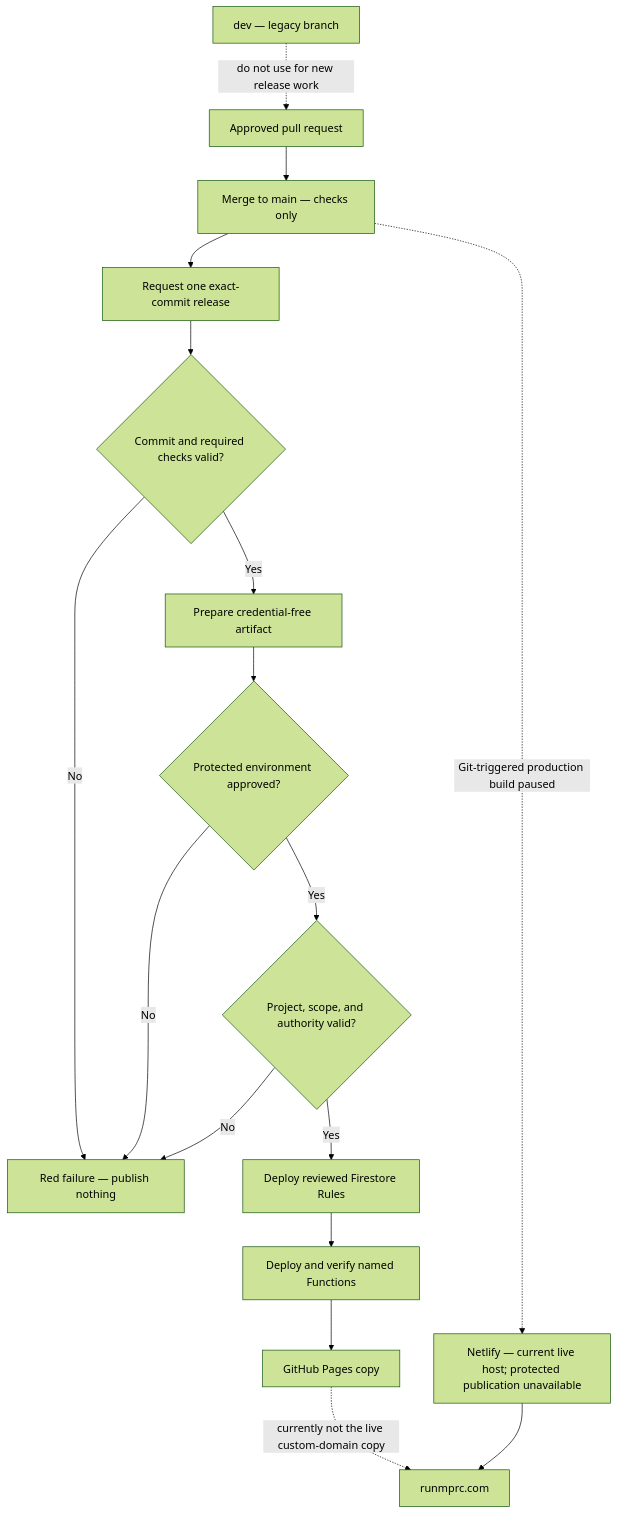
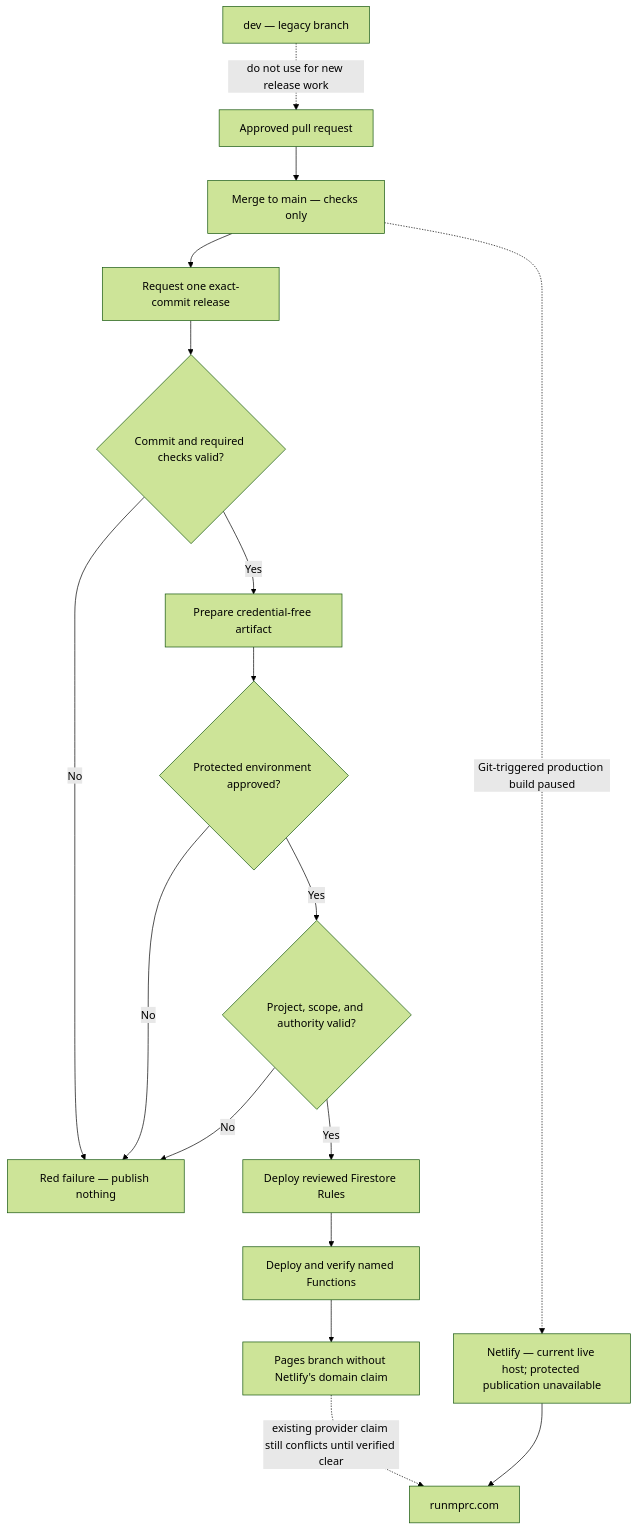
One commit to Run-MPRC/Run-MPRC.github.io changed the third of 5 diagrams in docs/officers/SYSTEM_MAPS.md. Above: the diagram before and after it, drawn with Mermaid (forest theme). The commit also changed other lines of this file and 16 other files, not shown here.

````diff
--- a/docs/officers/SYSTEM_MAPS.md
+++ b/docs/officers/SYSTEM_MAPS.md
@@ -46,19 +46,19 @@
 ```mermaid
 flowchart TD
     PR["Approved pull request"] --> Main["Merge to main — checks only"]
     Main --> Request["Request one exact-commit release"]
     Request --> Preflight{"Commit and required checks valid?"}
     Preflight -- "No" --> Stop["Red failure — publish nothing"]
     Preflight -- "Yes" --> Prepare["Prepare credential-free artifact"]
     Prepare --> Approval{"Protected environment approved?"}
     Approval -- "No" --> Stop
     Approval -- "Yes" --> Gate{"Project, scope, and authority valid?"}
     Gate -- "No" --> Stop
     Gate -- "Yes" --> Rules["Deploy reviewed Firestore Rules"]
     Rules --> Functions["Deploy and verify named Functions"]
-    Functions --> Pages["GitHub Pages copy"]
+    Functions --> Pages["Pages branch without Netlify's domain claim"]
     Main -. "Git-triggered production build paused" .-> Netlify
     Netlify["Netlify — current live host; protected publication unavailable"] --> Live["runmprc.com"]
-    Pages -. "currently not the live custom-domain copy" .-> Live
+    Pages -. "existing provider claim still conflicts until verified clear" .-> Live
     Dev["dev — legacy branch"] -. "do not use for new release work" .-> PR
 ```
````
